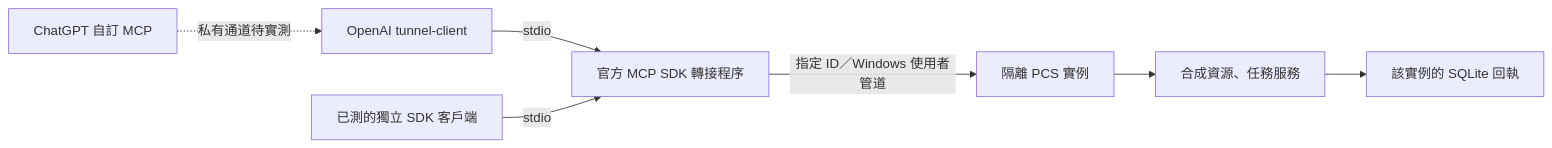
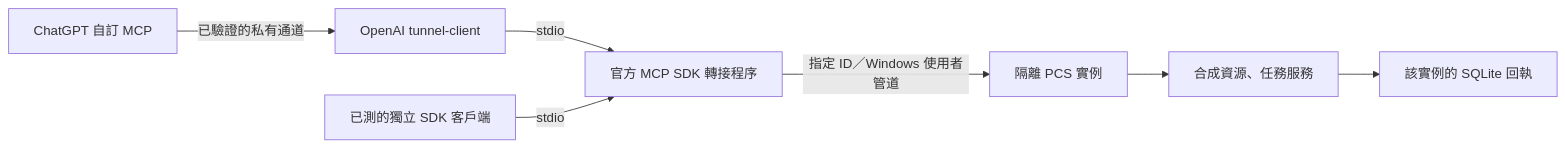
Before and after one commit to gghjkiof36-wq/Prompt-Calculus-Studio: the diagram in docs/development/mcp-probe-v1.md, drawn with Mermaid. The commit also changed other lines of this file and 1 other file, not shown here.

Commit message:
Record verified ChatGPT private tunnel acceptance for A01

````diff
--- a/docs/development/mcp-probe-v1.md
+++ b/docs/development/mcp-probe-v1.md
@@ -5,9 +5,9 @@
 ```mermaid
 flowchart LR
-    G["ChatGPT 自訂 MCP"] -. 私有通道待實測 .-> T["OpenAI tunnel-client"]
+    G["ChatGPT 自訂 MCP"] -->|已驗證的私有通道| T["OpenAI tunnel-client"]
     T -->|stdio| B["官方 MCP SDK 轉接程序"]
     C["已測的獨立 SDK 客戶端"] -->|stdio| B
     B -->|指定 ID／Windows 使用者管道| O["隔離 PCS 實例"]
     O --> S["合成資源、任務服務"]
     S --> J["該實例的 SQLite 回執"]
 ```
````
